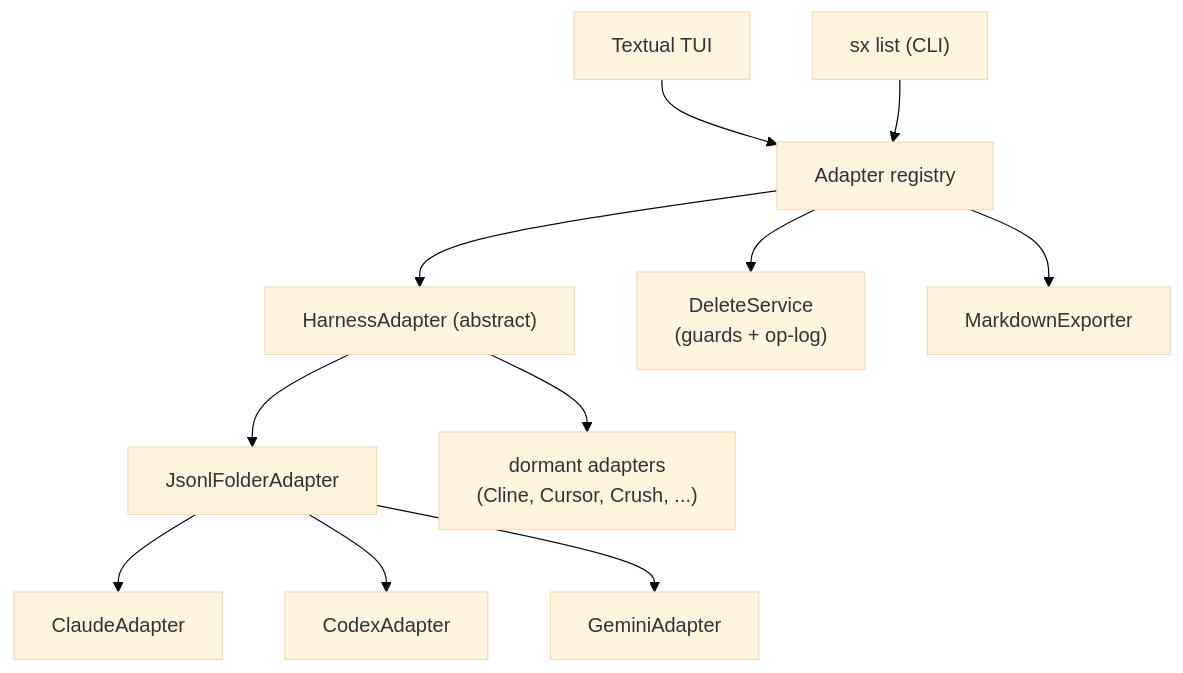
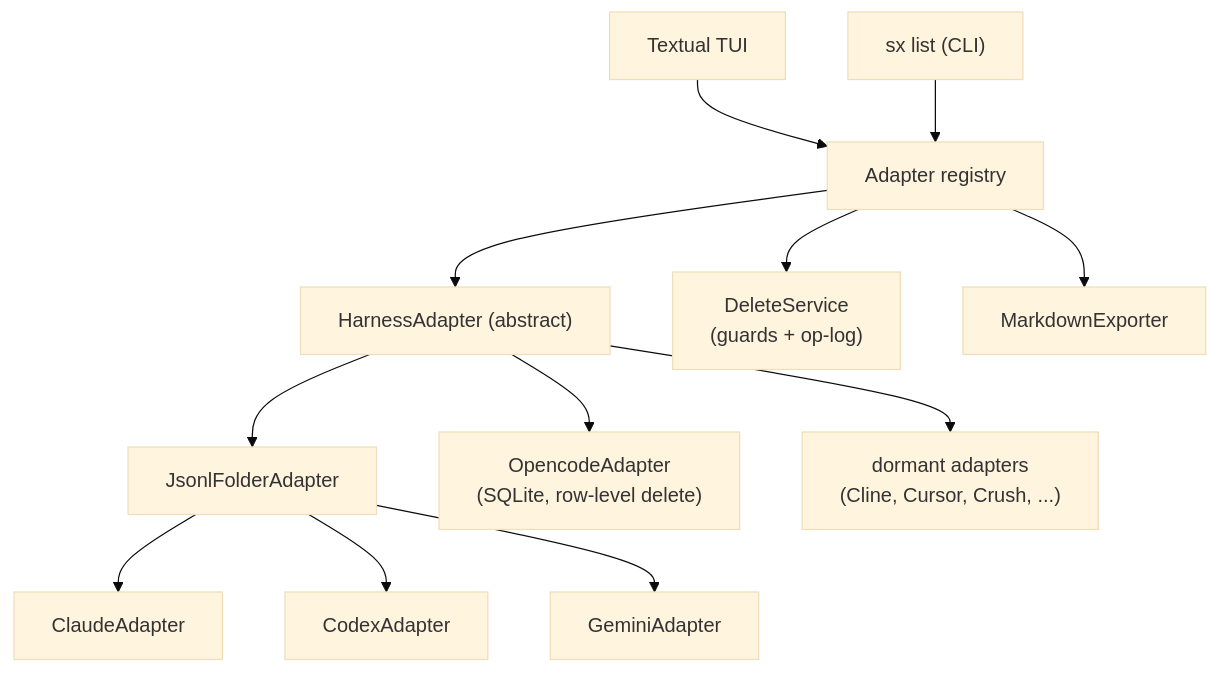
One commit to junxit/agentic-session-explorer changed the diagram in README.md. Above: the diagram before and after it, drawn with Mermaid (base theme). The commit also changed other lines of this file and 10 other files, not shown here.

First line of the commit message:
feat: support opencode sessions (SQLite-backed) — v0.3.0

````diff
--- a/README.md
+++ b/README.md
@@ -154,13 +156,14 @@
 ```mermaid
 flowchart TD
     TUI["Textual TUI"] --> REG["Adapter registry"]
     CLI["sx list (CLI)"] --> REG
     REG --> BASE["HarnessAdapter (abstract)"]
     BASE --> JF["JsonlFolderAdapter"]
     JF --> CL["ClaudeAdapter"]
     JF --> CX["CodexAdapter"]
     JF --> GM["GeminiAdapter"]
+    BASE --> OC["OpencodeAdapter\n(SQLite, row-level delete)"]
     BASE --> DORM["dormant adapters\n(Cline, Cursor, Crush, ...)"]
     REG --> DEL["DeleteService\n(guards + op-log)"]
     REG --> EXP["MarkdownExporter"]
 ```
````
